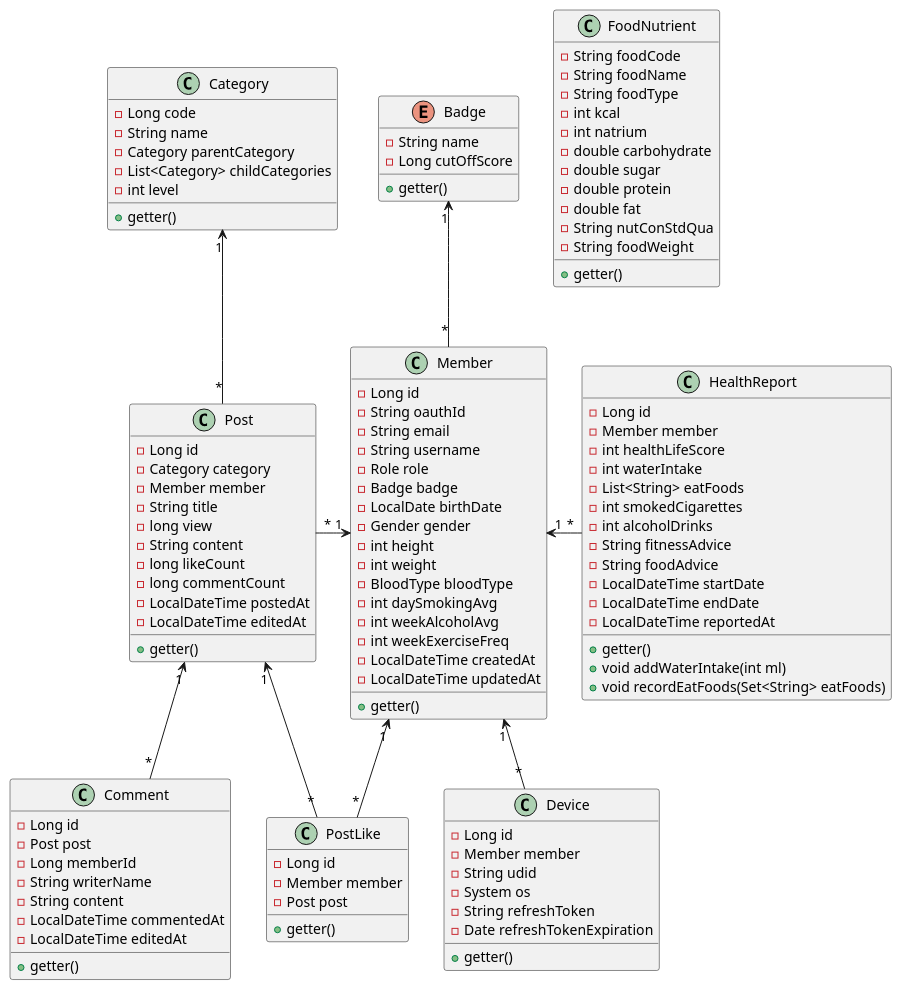
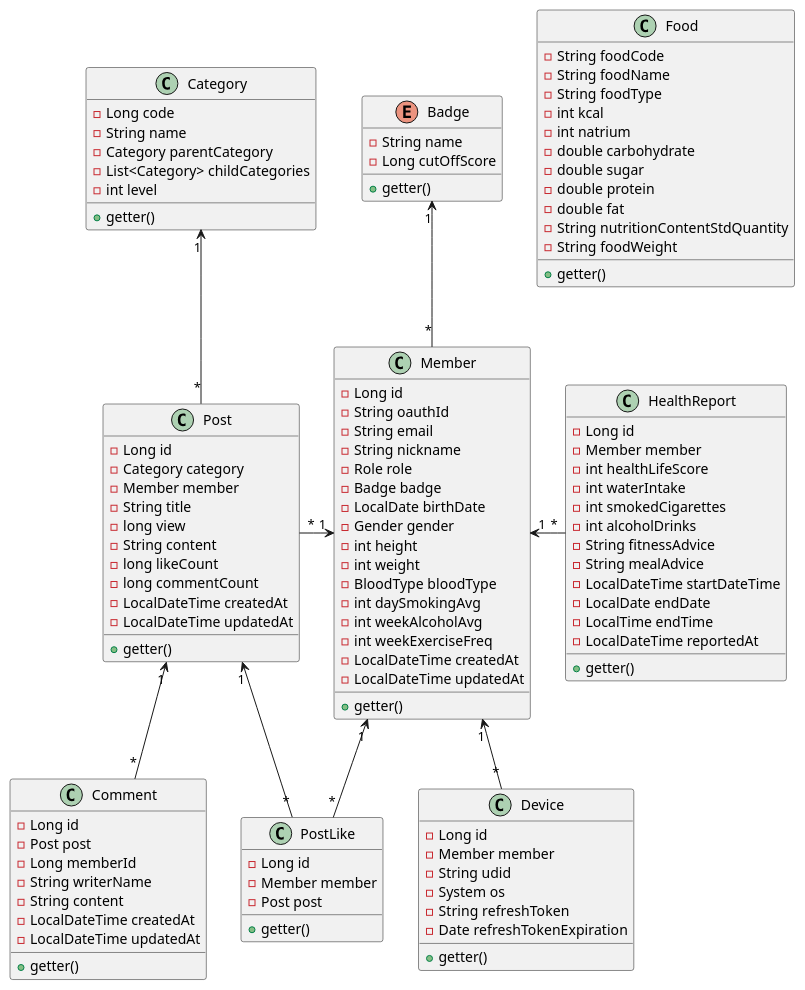
Before and after one commit to ckstjr123/f5-health: the diagram in src/main/java/f5/health/app/uml/classdiagram.puml, drawn with PlantUML. The commit also changed 43 other files, not shown here.

```diff
--- a/src/main/java/f5/health/app/uml/classdiagram.puml
+++ b/src/main/java/f5/health/app/uml/classdiagram.puml
@@ -1,122 +1,120 @@
 @startuml
 
 class Member {
     - Long id
     - String oauthId
     - String email
-    - String username
+    - String nickname
     - Role role
     - Badge badge
     - LocalDate birthDate
     - Gender gender
     - int height
     - int weight
     - BloodType bloodType
     - int daySmokingAvg
     - int weekAlcoholAvg
     - int weekExerciseFreq
     - LocalDateTime createdAt
     - LocalDateTime updatedAt
     +getter()
 }
 
 enum Badge {
     - String name
     - Long cutOffScore
     +getter()
 }
 
 class Device {
     - Long id
     - Member member
     - String udid
     - System os
     - String refreshToken
     - Date refreshTokenExpiration
     +getter()
 }
 
 class HealthReport {
     - Long id
     - Member member
     - int healthLifeScore
     - int waterIntake
-    - List<String> eatFoods
     - int smokedCigarettes
     - int alcoholDrinks
     - String fitnessAdvice
-    - String foodAdvice
-    - LocalDateTime startDate
-    - LocalDateTime endDate
+    - String mealAdvice
+    - LocalDateTime startDateTime
+    - LocalDate endDate
+    - LocalTime endTime
     - LocalDateTime reportedAt
     +getter()
-    + void addWaterIntake(int ml)
-    + void recordEatFoods(Set<String> eatFoods)
 }
 
-class FoodNutrient {
+class Food {
     - String foodCode
     - String foodName
     - String foodType
     - int kcal
     - int natrium
     - double carbohydrate
     - double sugar
     - double protein
     - double fat
-    - String nutConStdQua
+    - String nutritionContentStdQuantity
     - String foodWeight
     +getter()
 }
 
 class Post {
     - Long id
     - Category category
     - Member member
     - String title
     - long view
     - String content
     - long likeCount
     - long commentCount
-    - LocalDateTime postedAt
-    - LocalDateTime editedAt
+    - LocalDateTime createdAt
+    - LocalDateTime updatedAt
     +getter()
 }
 
 class Category {
     - Long code
     - String name
     - Category parentCategory
     - List<Category> childCategories
     - int level
     +getter()
 }
 
 class PostLike {
     - Long id
     - Member member
     - Post post
     +getter()
 }
 
 class Comment {
     - Long id
     - Post post
     - Long memberId
     - String writerName
     - String content
-    - LocalDateTime commentedAt
-    - LocalDateTime editedAt
+    - LocalDateTime createdAt
+    - LocalDateTime updatedAt
     +getter()
 }
 
 Member "*" -up-> "1" Badge
 Device "*" -up-> "1" Member
 HealthReport "*" -left-> "1" Member
 Post "*" -up-> "1" Category
 Post "*" -right-> "1" Member
 PostLike "*" -up-> "1" Post
 PostLike "*" -up-> "1" Member
 Comment "*" -up-> "1" Post
 
 @enduml
```
